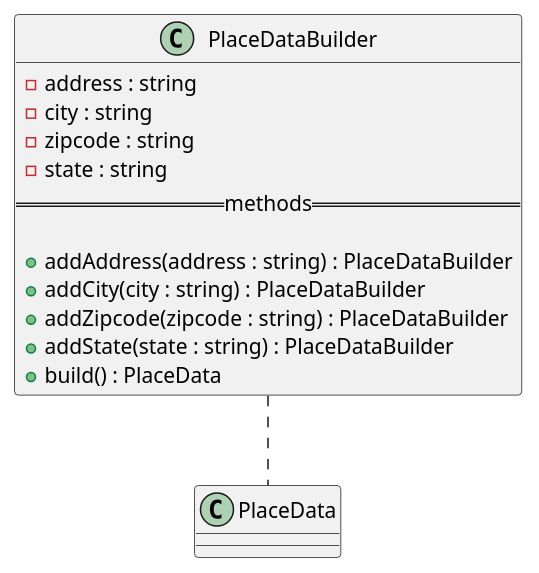
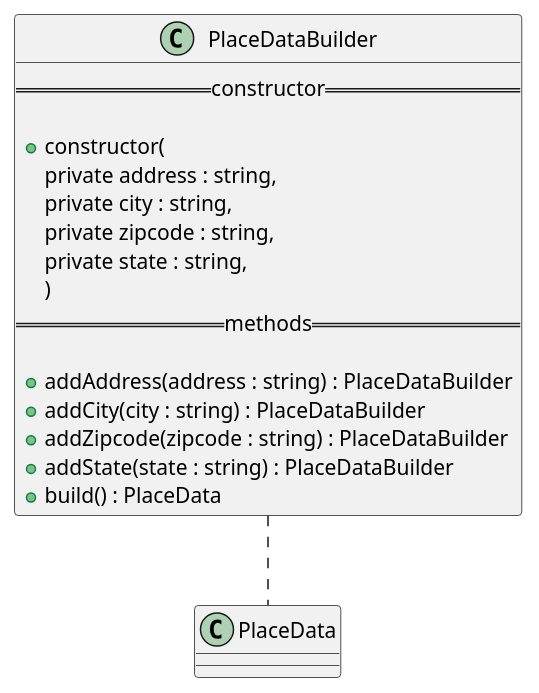
Before and after one commit to GruppOne/stalker-web-app: the diagram in docs/diagrams/classes/Place/PlaceDataBuilder.pu, drawn with PlantUML. The commit also changed 16 other files, not shown here.

```diff
--- a/docs/diagrams/classes/Place/PlaceDataBuilder.pu
+++ b/docs/diagrams/classes/Place/PlaceDataBuilder.pu
@@ -1,17 +1,21 @@
 @startuml PlaceDataBuilder Diagram
 class PlaceDataBuilder {
-  - address : string
-  - city : string
-  - zipcode : string
-  - state : string
+  ==constructor==
+
+  + constructor(
+    private address : string,
+    private city : string,
+    private zipcode : string,
+    private state : string,
+  )
   ==methods==
 
   + addAddress(address : string) : PlaceDataBuilder
   + addCity(city : string) : PlaceDataBuilder
   + addZipcode(zipcode : string) : PlaceDataBuilder
   + addState(state : string) : PlaceDataBuilder
   + build() : PlaceData
 }
 
 PlaceDataBuilder .. PlaceData
 @enduml
```
